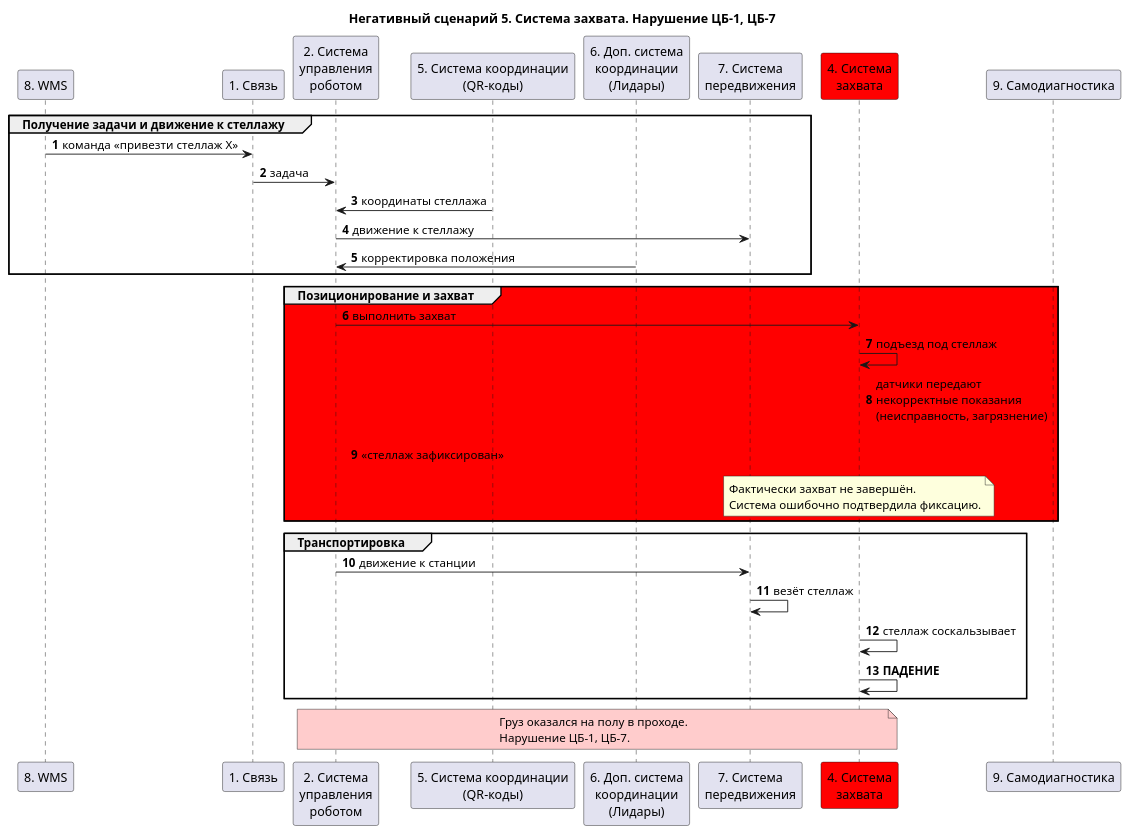
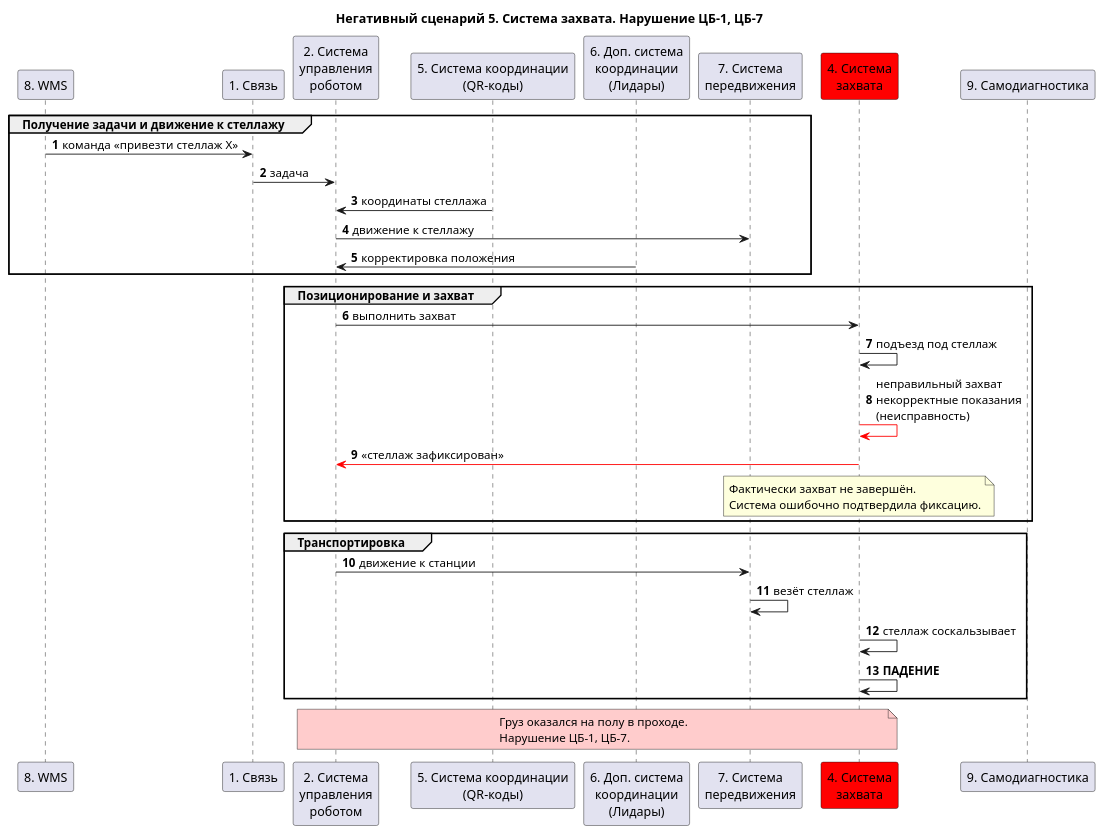
Before and after one commit to BoykovArtur/ProgrammingMethods: the diagram in CourseWork/Description/ns/ns-05.puml, drawn with PlantUML.

```diff
--- a/CourseWork/Description/ns/ns-05.puml
+++ b/CourseWork/Description/ns/ns-05.puml
@@ -1,45 +1,44 @@
 @startuml
 title "Негативный сценарий 5. Система захвата. Нарушение ЦБ-1, ЦБ-7"
 
 autonumber
 participant "8. WMS" as wms
 participant "1. Связь" as conn
 participant "2. Система\nуправления\nроботом" as ctrl
 participant "5. Система координации\n(QR-коды)" as qr
 participant "6. Доп. система\nкоординации\n(Лидары)" as lidar
 participant "7. Система\nпередвижения" as move
 participant "4. Система\nзахвата" as grip #red
 participant "9. Самодиагностика" as diag
 
 group Получение задачи и движение к стеллажу
 wms -> conn: команда «привезти стеллаж X»
 conn -> ctrl: задача
 ctrl <- qr: координаты стеллажа
 ctrl -> move: движение к стеллажу
 ctrl <- lidar: корректировка положения
 end
 
-group #red Позиционирование и захват
+group Позиционирование и захват
 ctrl -> grip: выполнить захват
 grip -> grip: подъезд под стеллаж
-grip -[#red]> grip: датчики передают\nнекорректные показания\n(неисправность, загрязнение)
+grip -[#red]> grip: неправильный захват\nнекорректные показания\n(неисправность)
 grip -[#red]> ctrl: «стеллаж зафиксирован»
 note over grip
   Фактически захват не завершён.
   Система ошибочно подтвердила фиксацию.
 end note
 end
 
 group Транспортировка
 ctrl -> move: движение к станции
 move -> move: везёт стеллаж
 grip -> grip: стеллаж соскальзывает
 grip -> grip: **ПАДЕНИЕ**
 end
 
 note over ctrl, grip #FFCCCC
   Груз оказался на полу в проходе.
   Нарушение ЦБ-1, ЦБ-7.
 end note
-
 @enduml
```
